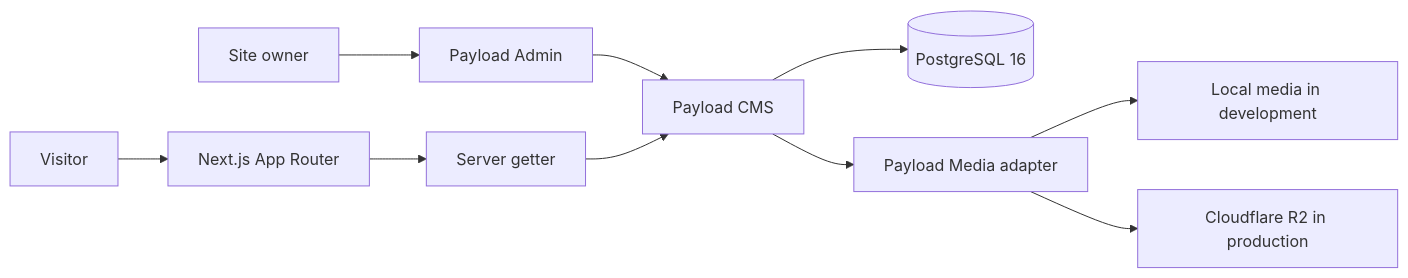
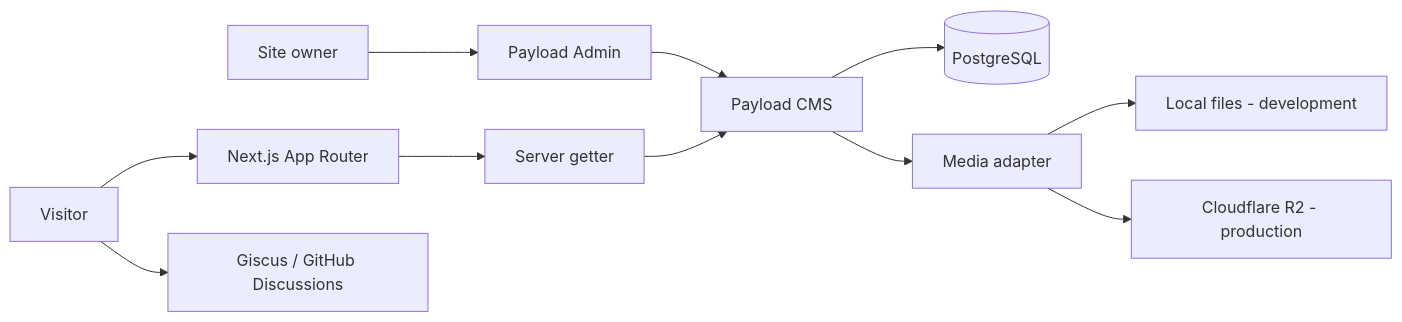
Before and after one commit to koharu4ever/Kita: the diagram in README.md, drawn with Mermaid. The commit also changed other lines of this file and 4 other files, not shown here.

````diff
--- a/README.md
+++ b/README.md
@@ -58,12 +56,13 @@
 ```mermaid
 flowchart LR
   Visitor[Visitor] --> App[Next.js App Router]
   Owner[Site owner] --> Admin[Payload Admin]
   Admin --> Payload[Payload CMS]
   App --> Getter[Server getter]
   Getter --> Payload
-  Payload --> Database[(PostgreSQL 16)]
-  Payload --> Media[Payload Media adapter]
-  Media --> Local[Local media in development]
-  Media --> R2[Cloudflare R2 in production]
+  Payload --> Database[(PostgreSQL)]
+  Payload --> Media[Media adapter]
+  Media --> Local[Local files - development]
+  Media --> R2[Cloudflare R2 - production]
+  Visitor --> Comments[Giscus / GitHub Discussions]
 ```
````
